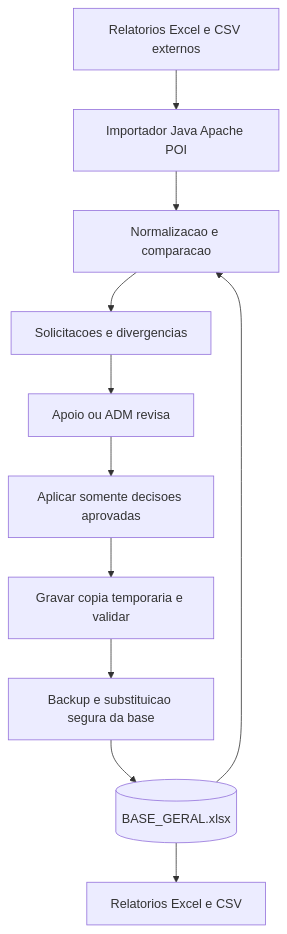
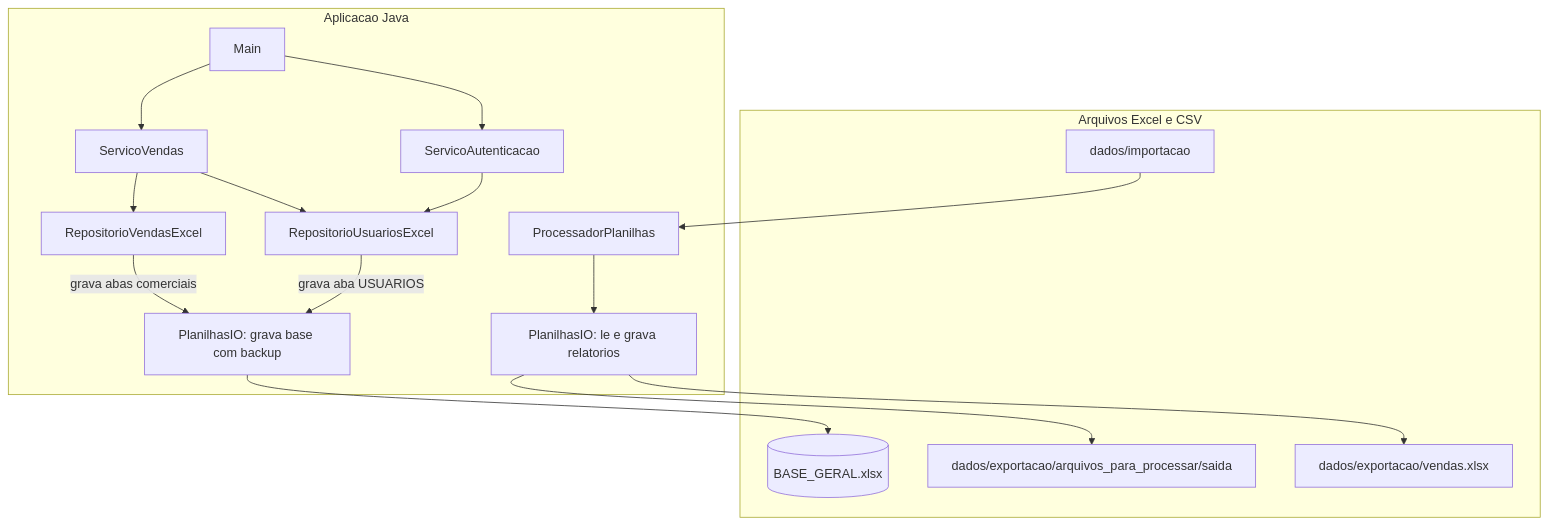
The diagram in docs/diagramas/06-persistencia-planilhas.mmd (JeffersonDeylane/LP2---sistema-de-vendas), drawn with Mermaid before and after one commit. The commit also changed 165 other files, not shown here.

Commit message:
criação das classes seguindo o diagrama decidido (ainda com o código pendente)

```diff
--- a/docs/diagramas/06-persistencia-planilhas.mmd
+++ b/docs/diagramas/06-persistencia-planilhas.mmd
@@ -1,11 +1,30 @@
 flowchart TD
-    A["Relatorios Excel e CSV externos"] --> B["Importador Java Apache POI"]
-    B --> C["Normalizacao e comparacao"]
-    D[("BASE_GERAL.xlsx")] --> C
-    C --> E["Solicitacoes e divergencias"]
-    E --> F["Apoio ou ADM revisa"]
-    F --> G["Aplicar somente decisoes aprovadas"]
-    G --> H["Gravar copia temporaria e validar"]
-    H --> I["Backup e substituicao segura da base"]
-    I --> D
-    D --> J["Relatorios Excel e CSV"]
+    subgraph Aplicacao["Aplicacao Java"]
+        A["Main"]
+        B["ServicoAutenticacao"]
+        C["ServicoVendas"]
+        D["RepositorioUsuariosExcel"]
+        E["RepositorioVendasExcel"]
+        F["PlanilhasIO: grava base com backup"]
+        G["ProcessadorPlanilhas"]
+        L["PlanilhasIO: le e grava relatorios"]
+        A --> B --> D
+        A --> C
+        C --> E
+        C --> D
+        D -->|"grava aba USUARIOS"| F
+        E -->|"grava abas comerciais"| F
+        G --> L
+    end
+
+    subgraph Arquivos["Arquivos Excel e CSV"]
+        H[("BASE_GERAL.xlsx")]
+        I["dados/importacao"]
+        J["dados/exportacao/arquivos_para_processar/saida"]
+        K["dados/exportacao/vendas.xlsx"]
+    end
+
+    F --> H
+    I --> G
+    L --> J
+    L --> K
```
